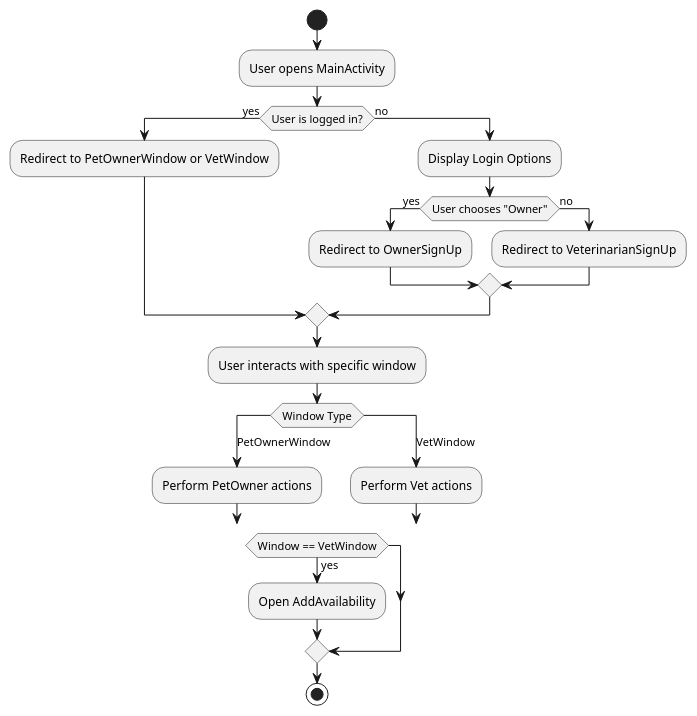
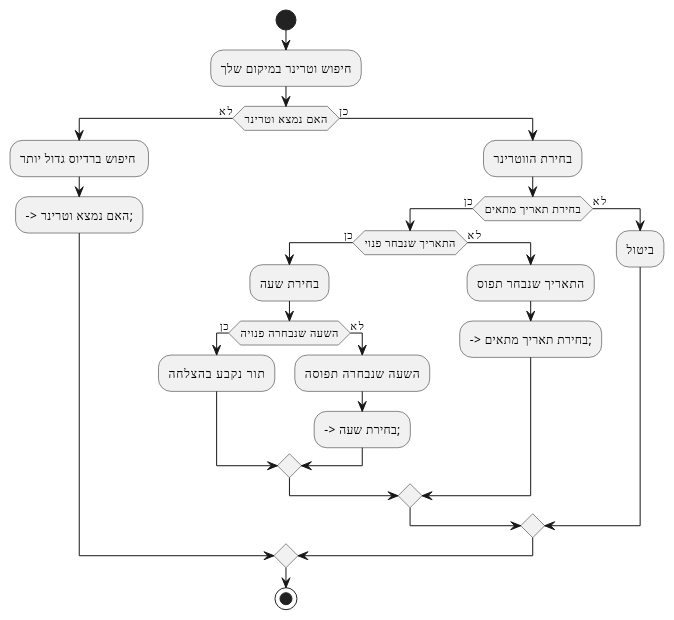
Before and after one commit to MyVet-app/MyVet: the diagram in app/Diagrams/Activity_diag.puml, drawn with PlantUML. The commit also changed other lines of this file and 2 other files, not shown here.

Commit message:
update diagrams

```diff
--- a/app/Diagrams/Activity_diag.puml
+++ b/app/Diagrams/Activity_diag.puml
@@ -1,32 +59,29 @@
 @startuml
+start
 
-start
-:User opens MainActivity;
-if (User is logged in?) then (yes)
-  :Redirect to PetOwnerWindow or VetWindow;
-else (no)
-  :Display Login Options;
-  if (User chooses "Owner") then (yes)
-    :Redirect to OwnerSignUp;
-  else (no)
-    :Redirect to VeterinarianSignUp;
+:חיפוש וטרינר במיקום שלך;
+if (האם נמצא וטרינר) then (לא)
+  :חיפוש ברדיוס גדול יותר ;
+  --> האם נמצא וטרינר;
+else (כן)
+  :בחירת הווטרינר;
+  if (בחירת תאריך מתאים) then (כן)
+    if (התאריך שנבחר פנוי) then (כן)
+      :בחירת שעה;
+      if (השעה שנבחרה פנויה) then (כן)
+        :תור נקבע בהצלחה;
+      else (לא)
+        :השעה שנבחרה תפוסה;
+        --> בחירת שעה;
+      endif
+    else (לא)
+      :התאריך שנבחר תפוס;
+      --> בחירת תאריך מתאים;
+    endif
+  else (לא)
+    :ביטול;
   endif
 endif
 
-:User interacts with specific window;
-switch (Window Type)
-case (PetOwnerWindow)
-  :Perform PetOwner actions;
-break
-case (VetWindow)
-  :Perform Vet actions;
-break
-endswitch
-
-if (Window == VetWindow) then (yes)
-  :Open AddAvailability;
-endif
-
 stop
-
 @enduml
```
